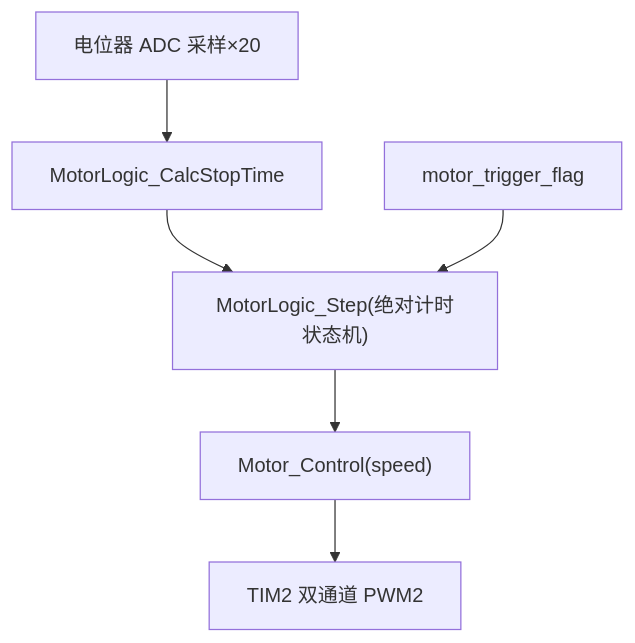
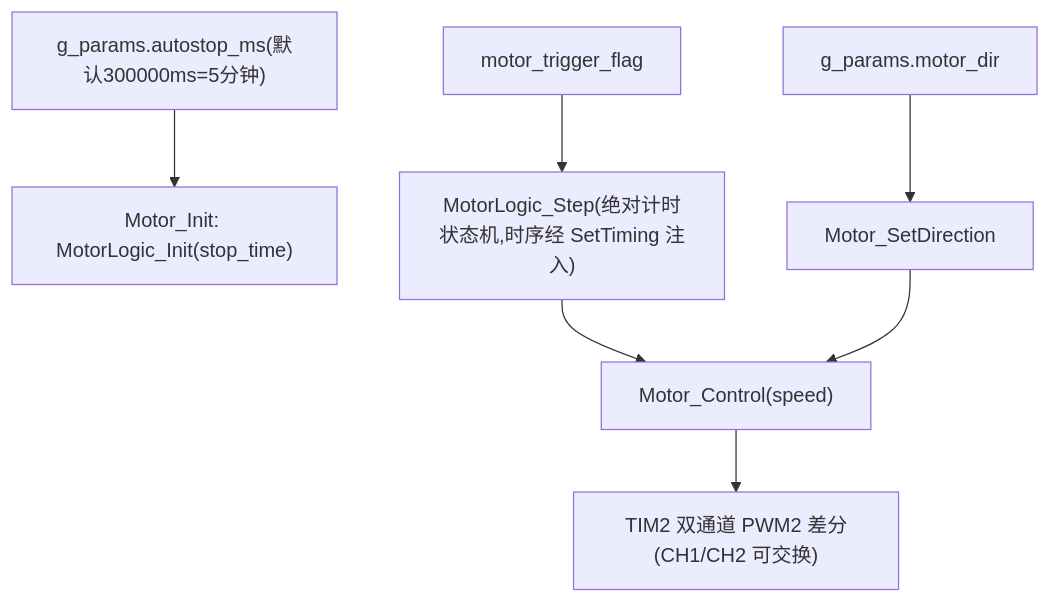
One commit to KNedwin/stm32-esp32-ai-test-car changed the second of 2 diagrams in docs/知识库/stm32_rfid_tts_rtos/08_数据流与控制流.md. Above: the diagram before and after it, drawn with Mermaid. The commit also changed other lines of this file and 205 other files, not shown here.

````diff
--- a/docs/知识库/stm32_rfid_tts_rtos/08_数据流与控制流.md
+++ b/docs/知识库/stm32_rfid_tts_rtos/08_数据流与控制流.md
@@ -17,8 +17,10 @@
 ```mermaid
 flowchart TD
-    ADC["电位器 ADC 采样×20"] --> CT["MotorLogic_CalcStopTime"]
-    CT --> S["MotorLogic_Step(绝对计时状态机)"]
+    GP["g_params.autostop_ms(默认300000ms=5分钟)"] --> MI["Motor_Init: MotorLogic_Init(stop_time)"]
+    DIRN["g_params.motor_dir"] --> MD["Motor_SetDirection"]
+    S["MotorLogic_Step(绝对计时状态机,时序经 SetTiming 注入)"]
     TF["motor_trigger_flag"] --> S
     S --> MC["Motor_Control(speed)"]
-    MC --> PWM["TIM2 双通道 PWM2"]
+    MD --> MC
+    MC --> PWM["TIM2 双通道 PWM2 差分(CH1/CH2 可交换)"]
 ```
````
